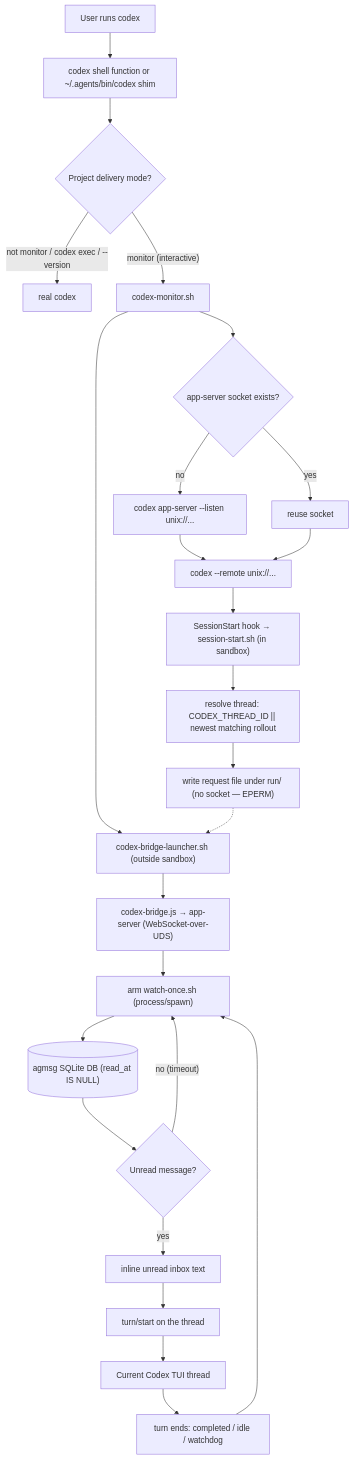
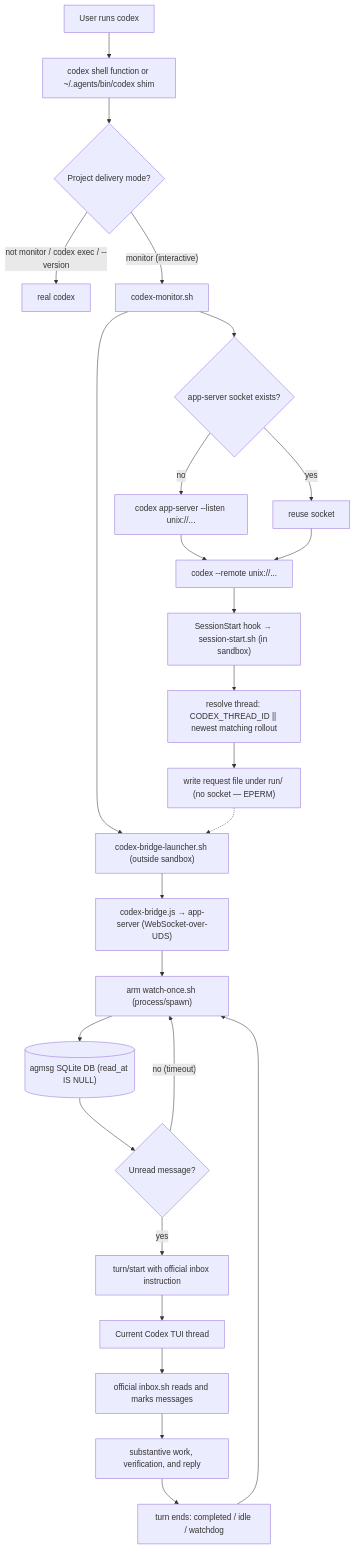
One commit to fujibee/agmsg changed the diagram in docs/codex-monitor-beta.md. Above: the diagram before and after it, drawn with Mermaid. The commit also changed other lines of this file and 16 other files, not shown here.

````diff
--- a/docs/codex-monitor-beta.md
+++ b/docs/codex-monitor-beta.md
@@ -182,29 +177,30 @@
 ```mermaid
 flowchart TD
   user["User runs codex"] --> shim["codex shell function or ~/.agents/bin/codex shim"]
   shim --> mode{"Project delivery mode?"}
   mode -- "not monitor / codex exec / --version" --> real["real codex"]
   mode -- "monitor (interactive)" --> monitor["codex-monitor.sh"]
 
   monitor --> server{"app-server socket exists?"}
   server -- "no" --> startServer["codex app-server --listen unix://..."]
   server -- "yes" --> reuseServer["reuse socket"]
   monitor --> launcher["codex-bridge-launcher.sh (outside sandbox)"]
   startServer --> remote["codex --remote unix://..."]
   reuseServer --> remote
 
   remote --> hook["SessionStart hook → session-start.sh (in sandbox)"]
   hook --> thread["resolve thread: CODEX_THREAD_ID || newest matching rollout"]
   thread --> request["write request file under run/ (no socket — EPERM)"]
   request -.-> launcher
   launcher --> bridge["codex-bridge.js → app-server (WebSocket-over-UDS)"]
   bridge --> watch["arm watch-once.sh (process/spawn)"]
   watch --> db[("agmsg SQLite DB (read_at IS NULL)")]
   db --> unread{"Unread message?"}
   unread -- "no (timeout)" --> watch
-  unread -- "yes" --> inbox["inline unread inbox text"]
-  inbox --> turn["turn/start on the thread"]
+  unread -- "yes" --> turn["turn/start with official inbox instruction"]
   turn --> tui["Current Codex TUI thread"]
-  tui --> ended["turn ends: completed / idle / watchdog"]
+  tui --> inbox["official inbox.sh reads and marks messages"]
+  inbox --> work["substantive work, verification, and reply"]
+  work --> ended["turn ends: completed / idle / watchdog"]
   ended --> watch
 ```
````
